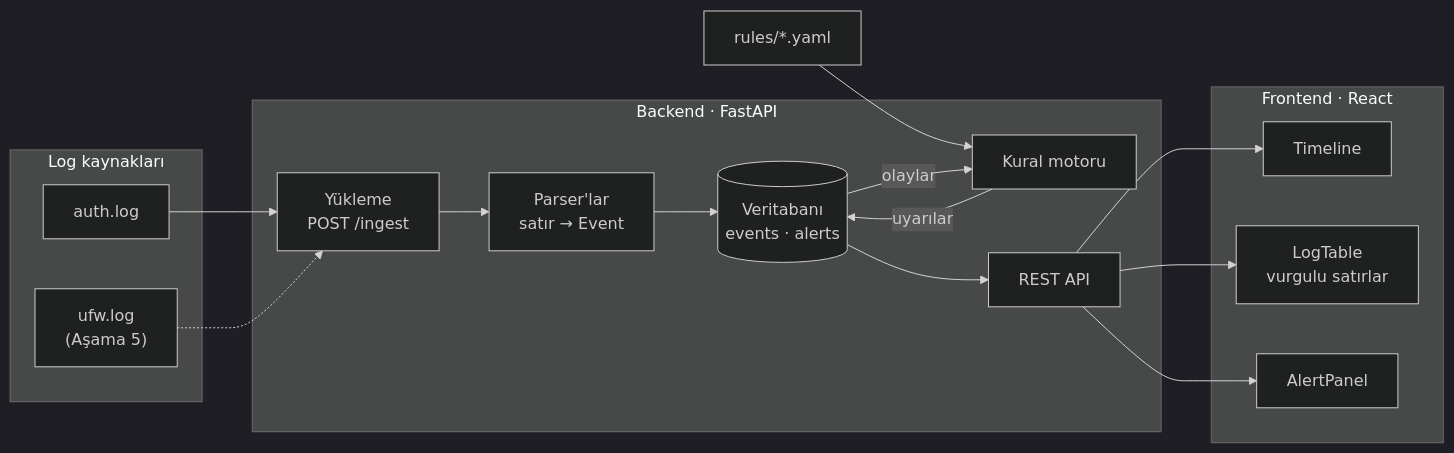
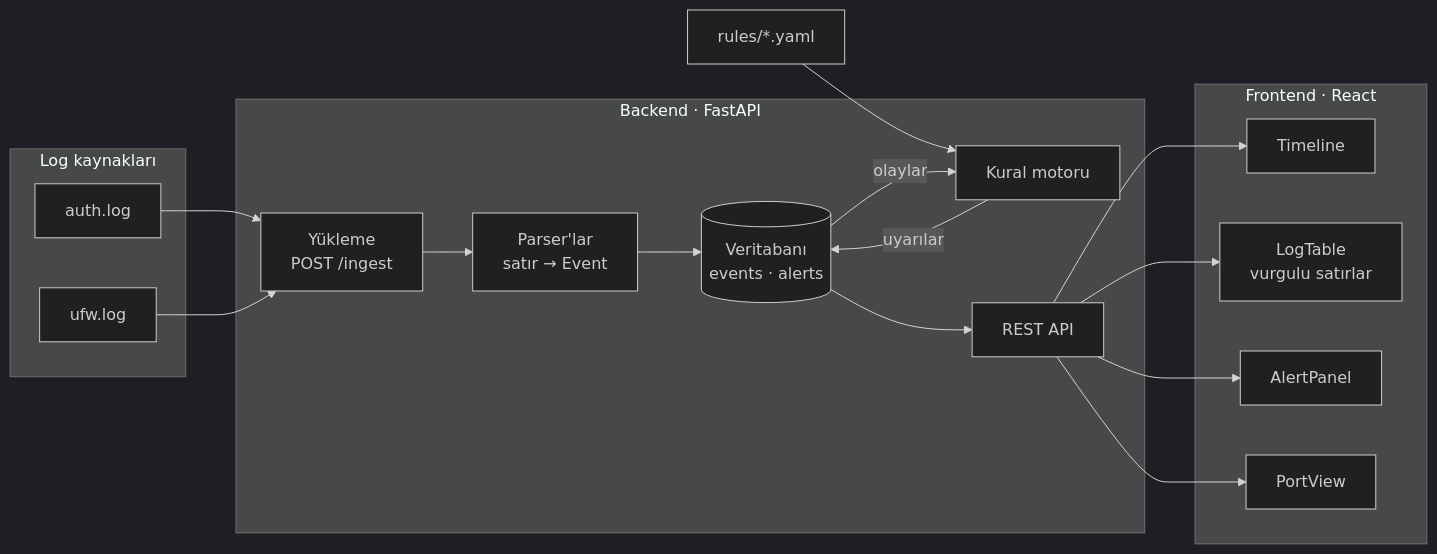
The diagram in README.md (ibrahimBakkal/log-analyzer), drawn with Mermaid (dark theme) before and after one commit. The commit also changed other lines of this file, not shown here.

First line of the commit message:
Document behaviour rules, the firewall sample and the port view

````diff
--- a/README.md
+++ b/README.md
@@ -18,32 +18,33 @@
 ```mermaid
 flowchart LR
     subgraph src["Log kaynakları"]
         auth["auth.log"]
-        ufw["ufw.log<br/>(Aşama 5)"]
+        ufw["ufw.log"]
     end
 
     subgraph be["Backend · FastAPI"]
         ingest["Yükleme<br/>POST /ingest"]
         parsers["Parser'lar<br/>satır → Event"]
         db[("Veritabanı<br/>events · alerts")]
         engine["Kural motoru"]
         api["REST API"]
     end
 
     rules["rules/*.yaml"]
 
     subgraph fe["Frontend · React"]
         timeline["Timeline"]
         logtable["LogTable<br/>vurgulu satırlar"]
         alertpanel["AlertPanel"]
+        portview["PortView"]
     end
 
     auth --> ingest
-    ufw -.-> ingest
+    ufw --> ingest
     ingest --> parsers --> db
     rules --> engine
     db -->|olaylar| engine
     engine -->|uyarılar| db
     db --> api
-    api --> timeline & logtable & alertpanel
+    api --> timeline & logtable & alertpanel & portview
 ```
````
